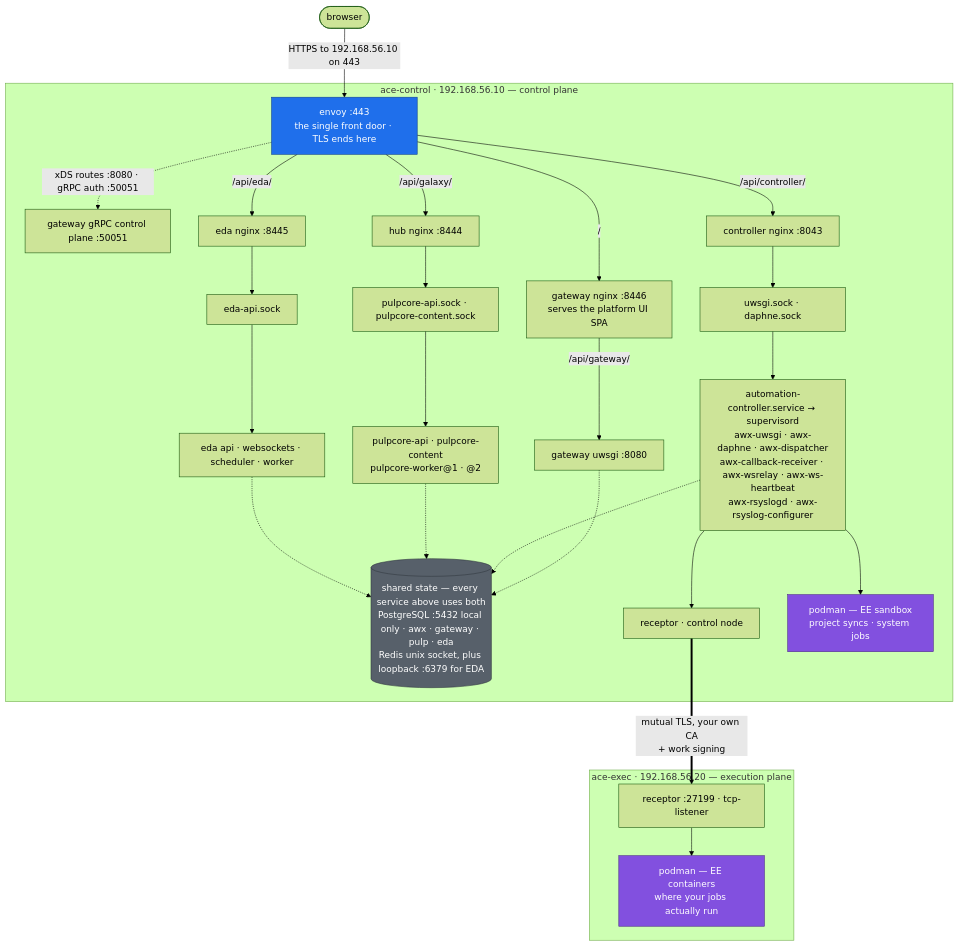
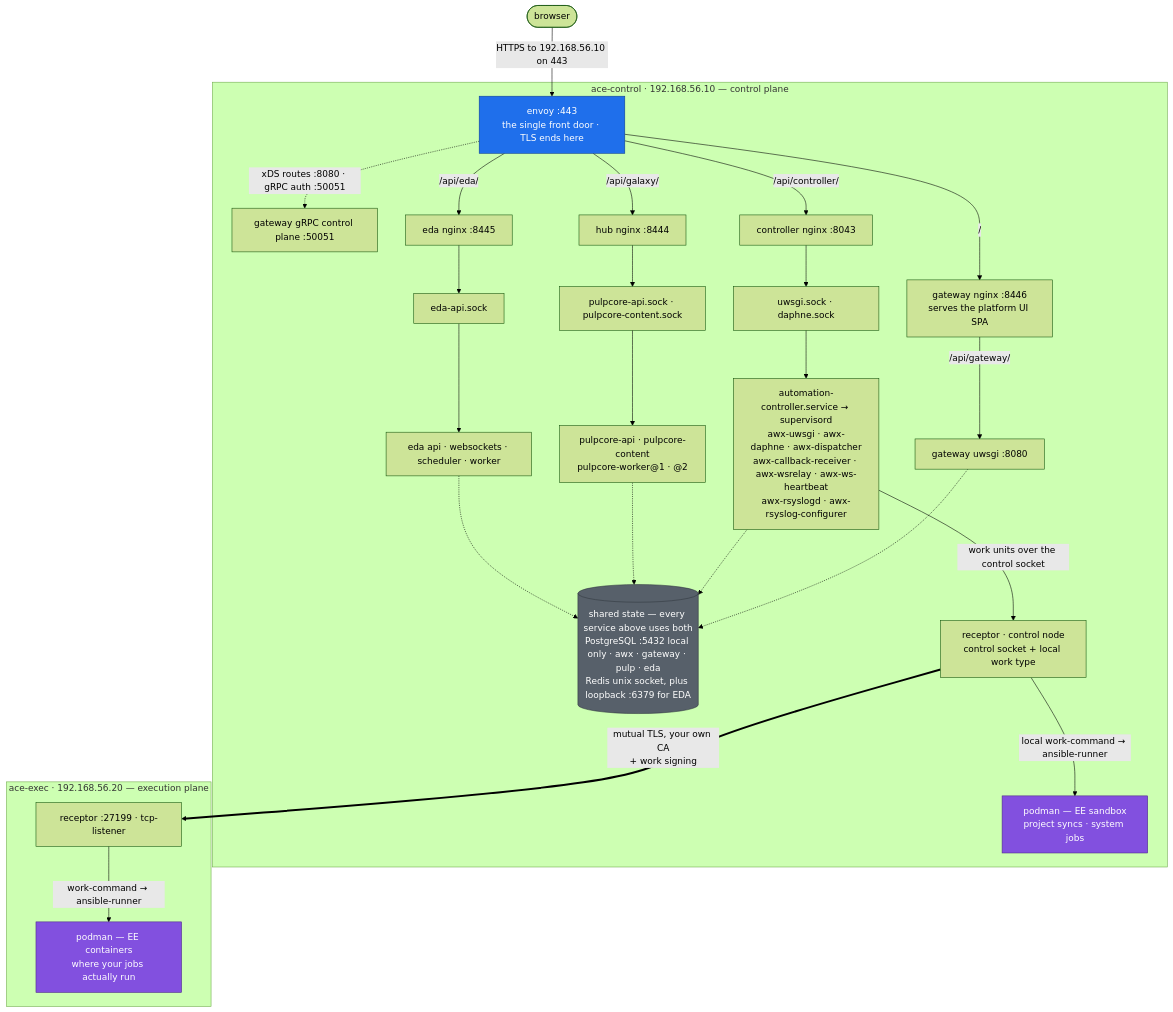
Before and after one commit to sammonsjl/ace-the-hard-way: the diagram in README.md, drawn with Mermaid (forest theme). The commit also changed other lines of this file, not shown here.

Commit message:
README diagram: receptor is the parent of podman on the control node too
The diagram drew the dispatcher launching the control-plane EE directly, with
receptor as a separate branch. Wrong: per Lab 11, control-plane work (project
syncs, system jobs) goes dispatcher → receptor control socket → work-command →
ansible-runner → EE under podman. Receptor is the parent of podman on both
nodes, and the local path mirrors the mesh path exactly. Re-wire those edges,
label both hops, and say so in the prose.

````diff
--- a/README.md
+++ b/README.md
@@ -22,64 +22,64 @@
 ```mermaid
 flowchart TD
     browser(["browser"])
 
     subgraph CONTROL["ace-control · 192.168.56.10 — control plane"]
         envoy["envoy :443<br/>the single front door · TLS ends here"]
 
         gwnginx["gateway nginx :8446<br/>serves the platform UI SPA"]
         gwuwsgi["gateway uwsgi :8080"]
         gwgrpc["gateway gRPC control plane :50051"]
 
         ctlnginx["controller nginx :8043"]
         ctlsock["uwsgi.sock · daphne.sock"]
         ctlsup["automation-controller.service → supervisord<br/>awx-uwsgi · awx-daphne · awx-dispatcher<br/>awx-callback-receiver · awx-wsrelay · awx-ws-heartbeat<br/>awx-rsyslogd · awx-rsyslog-configurer"]
 
         hubnginx["hub nginx :8444"]
         hubsock["pulpcore-api.sock · pulpcore-content.sock"]
         hubproc["pulpcore-api · pulpcore-content<br/>pulpcore-worker@1 · @2"]
 
         edanginx["eda nginx :8445"]
         edasock["eda-api.sock"]
         edaproc["eda api · websockets · scheduler · worker"]
 
         state[("shared state — every service above uses both<br/>PostgreSQL :5432 local only · awx · gateway · pulp · eda<br/>Redis unix socket, plus loopback :6379 for EDA")]
 
-        rcontrol["receptor · control node"]
+        rcontrol["receptor · control node<br/>control socket + local work type"]
         podmanc["podman — EE sandbox<br/>project syncs · system jobs"]
     end
 
     subgraph EXEC["ace-exec · 192.168.56.20 — execution plane"]
         rexec["receptor :27199 · tcp-listener"]
         podmane["podman — EE containers<br/>where your jobs actually run"]
     end
 
     browser -->|"HTTPS to 192.168.56.10 on 443"| envoy
 
     envoy -->|"/"| gwnginx
     envoy -->|"/api/controller/"| ctlnginx
     envoy -->|"/api/galaxy/"| hubnginx
     envoy -->|"/api/eda/"| edanginx
     envoy -.->|"xDS routes :8080 · gRPC auth :50051"| gwgrpc
 
     gwnginx -->|"/api/gateway/"| gwuwsgi
     ctlnginx --> ctlsock --> ctlsup
     hubnginx --> hubsock --> hubproc
     edanginx --> edasock --> edaproc
 
     gwuwsgi -.-> state
     ctlsup -.-> state
     hubproc -.-> state
     edaproc -.-> state
 
-    ctlsup --> podmanc
-    ctlsup --> rcontrol
+    ctlsup -->|"work units over the control socket"| rcontrol
+    rcontrol -->|"local work-command → ansible-runner"| podmanc
     rcontrol ==>|"mutual TLS, your own CA<br/>+ work signing"| rexec
-    rexec --> podmane
+    rexec -->|"work-command → ansible-runner"| podmane
 
     classDef door fill:#1f6feb,stroke:#0b3d8f,color:#ffffff
     classDef ee fill:#8250df,stroke:#4c2889,color:#ffffff
     classDef store fill:#57606a,stroke:#32383f,color:#ffffff
     class envoy door
     class podmanc,podmane ee
     class state store
 ```
````
